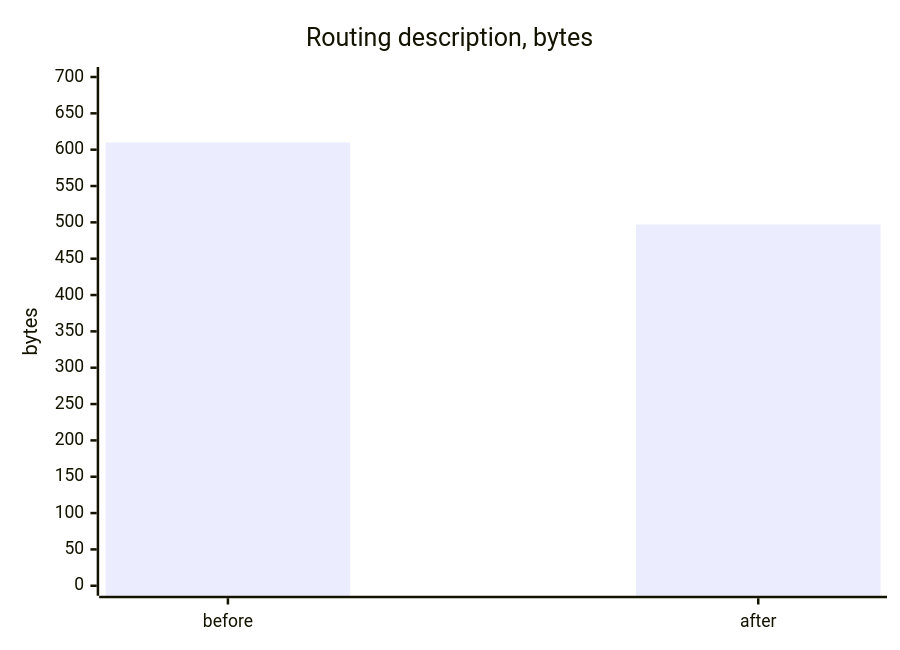
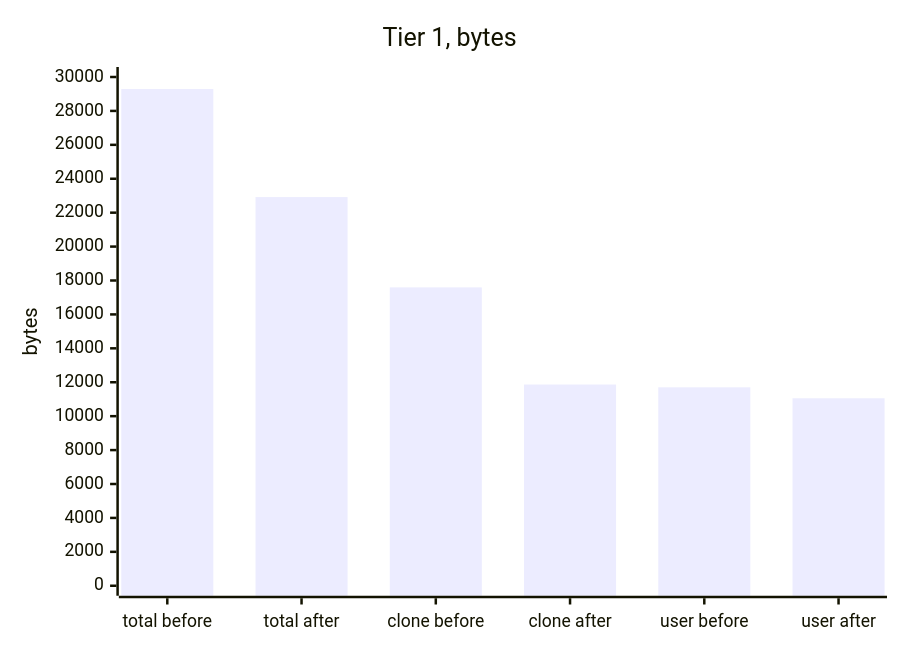
Before and after one commit to uchimata2/ecoctx: the first of 2 diagrams in README.md, drawn with Mermaid. The commit also changed other lines of this file, not shown here.

First line of the commit message:
Two runs are graded now, and the before-and-after exists (#65) (#66)

````diff
--- a/README.md
+++ b/README.md
@@ -20,7 +21,7 @@
 ```mermaid
 xychart-beta
-    title "Routing description, bytes"
-    x-axis ["before", "after"]
-    y-axis "bytes" 0 --> 700
-    bar [610, 497]
+    title "Tier 1, bytes"
+    x-axis ["total before", "total after", "clone before", "clone after", "user before", "user after"]
+    y-axis "bytes" 0 --> 30000
+    bar [29294, 22920, 17593, 11865, 11701, 11055]
 ```
````
